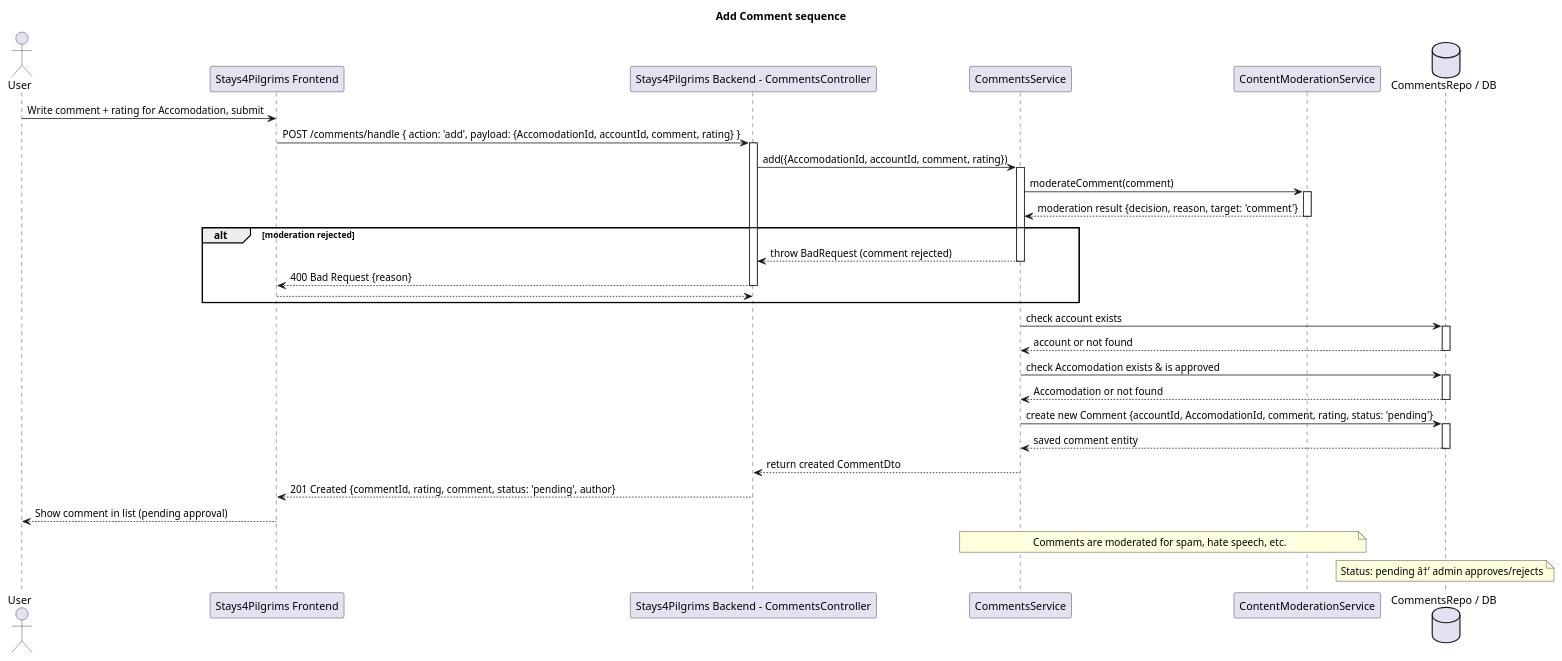
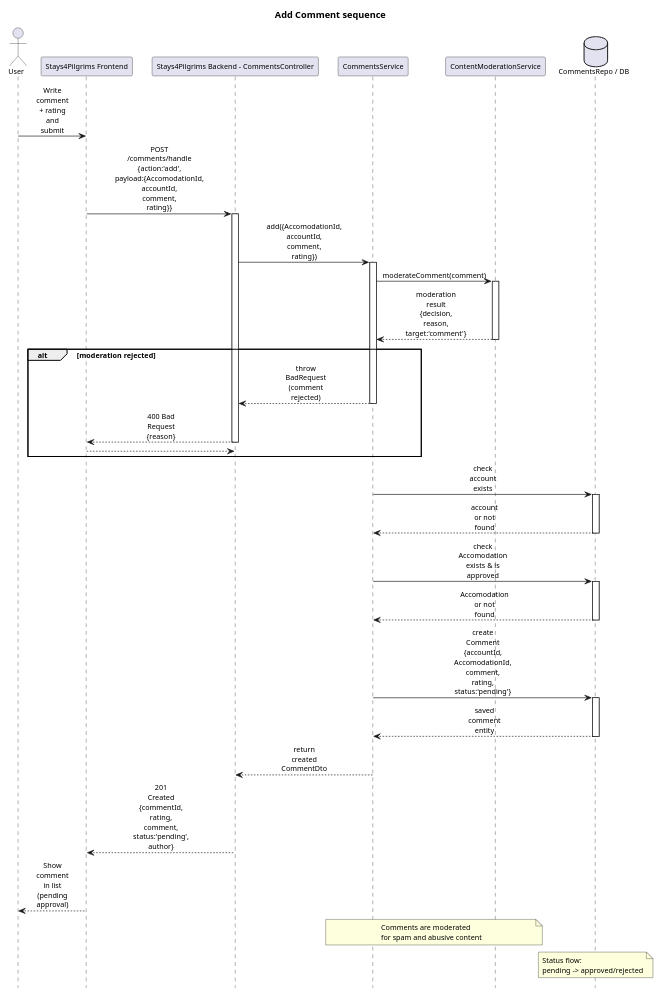
One commit to alegna83/cookbook-be changed the diagram in docs/diagrams/sequence-add-comment.puml. Above: the diagram before and after it, drawn with PlantUML. The commit also changed 25 other files, not shown here.

Commit message:
docs(diagrams): optimize architecture and communication diagrams for A4 readability

```diff
--- a/docs/diagrams/sequence-add-comment.puml
+++ b/docs/diagrams/sequence-add-comment.puml
@@ -1,47 +1,58 @@
 @startuml
 title Add Comment sequence
+scale 0.85
+hide footbox
+skinparam defaultFontName Arial
+skinparam defaultFontSize 11
+skinparam maxMessageSize 55
+skinparam sequence {
+  ParticipantPadding 10
+  BoxPadding 8
+  MessageAlign center
+  ArrowThickness 1
+}
 actor User
 participant "Stays4Pilgrims Frontend" as FE
 participant "Stays4Pilgrims Backend - CommentsController" as API
 participant "CommentsService" as SVC
 participant "ContentModerationService" as MOD
 database "CommentsRepo / DB" as DB
 
-User -> FE: Write comment + rating for Accomodation, submit
-FE -> API: POST /comments/handle { action: 'add', payload: {AccomodationId, accountId, comment, rating} }
+User -> FE: Write comment + rating\nand submit
+FE -> API: POST /comments/handle\n{action:'add', payload:{AccomodationId, accountId, comment, rating}}
 activate API
 API -> SVC: add({AccomodationId, accountId, comment, rating})
 activate SVC
 SVC -> MOD: moderateComment(comment)
 activate MOD
-MOD --> SVC: moderation result {decision, reason, target: 'comment'}
+MOD --> SVC: moderation result\n{decision, reason, target:'comment'}
 deactivate MOD
 alt moderation rejected
   SVC --> API: throw BadRequest (comment rejected)
   deactivate SVC
   API --> FE: 400 Bad Request {reason}
   deactivate API
   return
 end
 SVC -> DB: check account exists
 activate DB
 DB --> SVC: account or not found
 deactivate DB
 SVC -> DB: check Accomodation exists & is approved
 activate DB
 DB --> SVC: Accomodation or not found
 deactivate DB
-SVC -> DB: create new Comment {accountId, AccomodationId, comment, rating, status: 'pending'}
+SVC -> DB: create Comment\n{accountId, AccomodationId, comment, rating, status:'pending'}
 activate DB
 DB --> SVC: saved comment entity
 deactivate DB
 SVC --> API: return created CommentDto
 deactivate SVC
-API --> FE: 201 Created {commentId, rating, comment, status: 'pending', author}
+API --> FE: 201 Created\n{commentId, rating, comment, status:'pending', author}
 deactivate API
 FE --> User: Show comment in list (pending approval)
 
-note over SVC,MOD: Comments are moderated for spam, hate speech, etc.
-note over DB: Status: pending â†’ admin approves/rejects
+note over SVC,MOD: Comments are moderated\nfor spam and abusive content
+note over DB: Status flow:\npending -> approved/rejected
 
 @enduml
```
